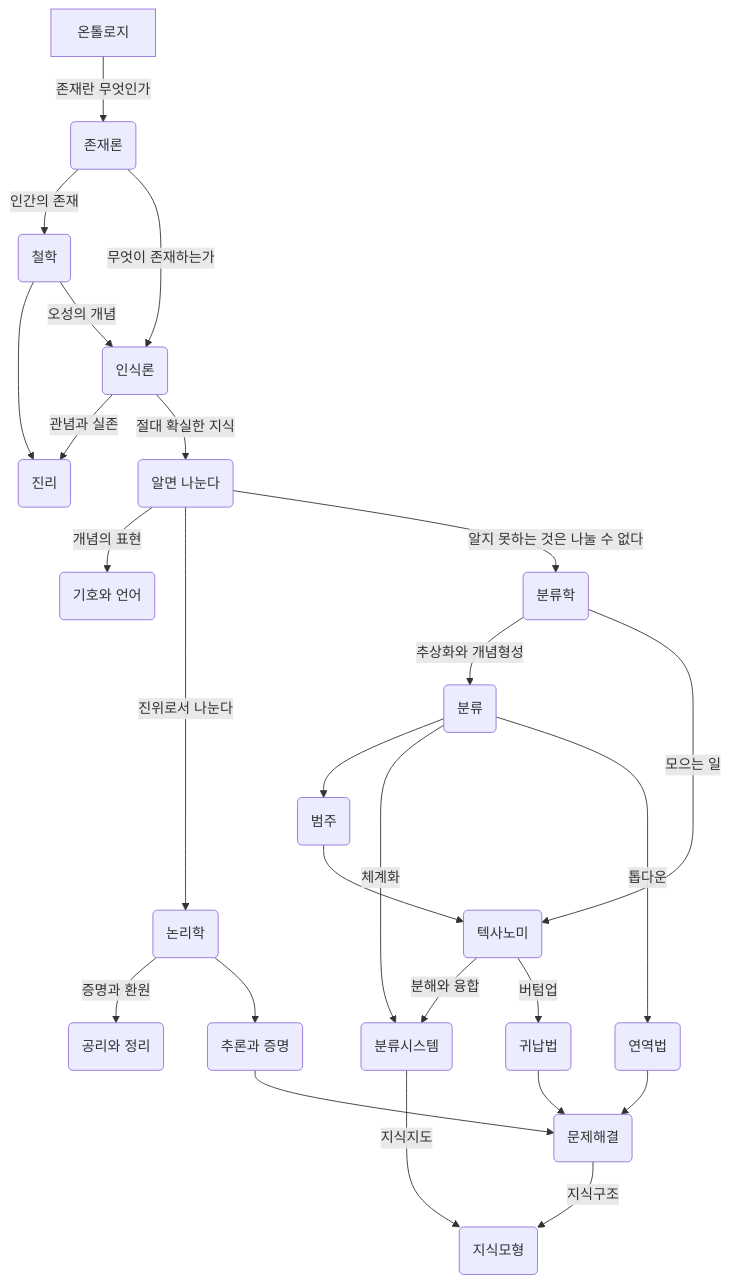
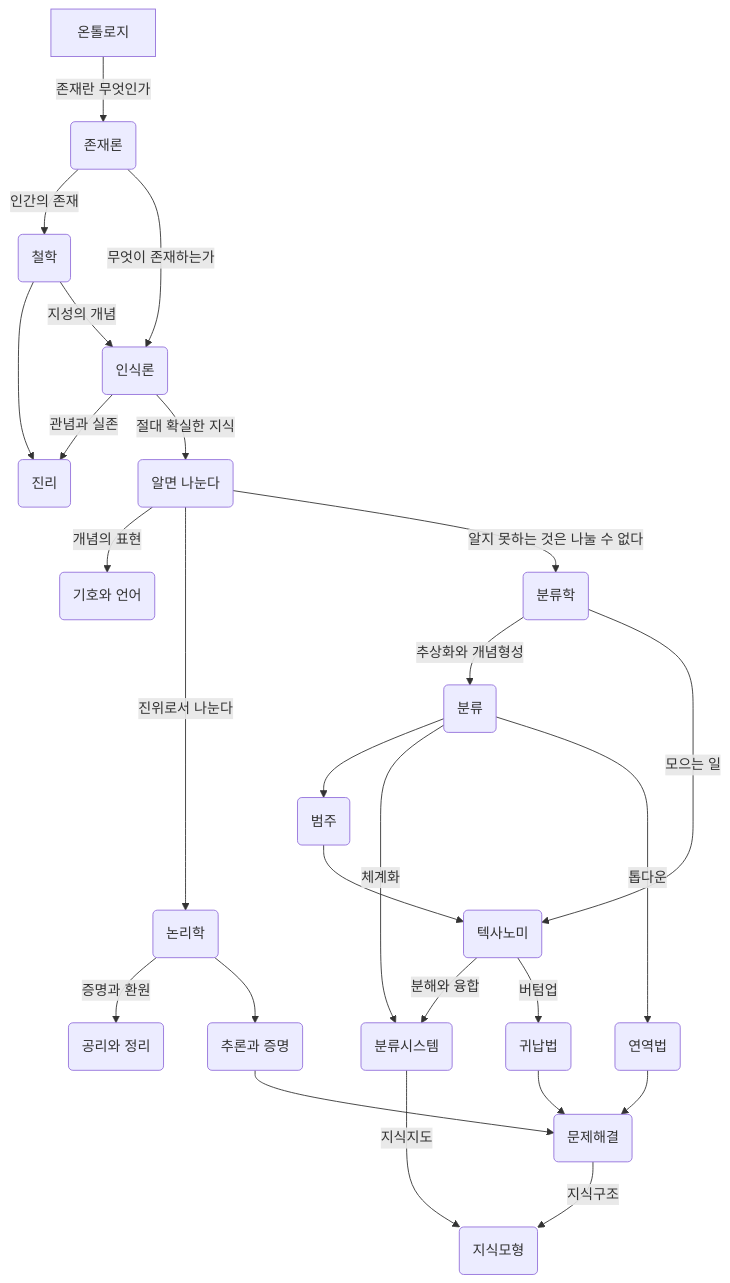
The diagram in content/bib/20240402T011718.md (junghan0611/garden), drawn with Mermaid before and after one commit. The commit also changed other lines of this file and 146 other files, not shown here.

````diff
--- a/content/bib/20240402T011718.md
+++ b/content/bib/20240402T011718.md
@@ -620,30 +621,30 @@
 ```mermaid
    %% 그림1-6 온톨로지 알고리즘의 K-Map
 
    flowchart TD
    A[온톨로지] -->|존재란 무엇인가| B(존재론)
    B -->|인간의 존재| C(철학)
    B -->|무엇이 존재하는가| D(인식론)
    C --> E(진리)
-   C --> |오성의 개념|D
+   C --> |지성의 개념|D
    D --> |관념과 실존|E
    D --> |절대 확실한 지식| F(알면 나눈다)
    F --> |개념의 표현| G(기호와 언어)
    F --> |진위로서 나눈다| H(논리학)
    F --> |알지 못하는 것은 나눌 수 없다| I(분류학)
    H --> |증명과 환원| J(공리와 정리)
    H --> K(추론과 증명)
    K --> L(문제해결)
    I --> |추상화와 개념형성| M(분류)
    I --> |모으는 일| N(텍사노미)
    M --> O(범주)
    O --> N
    M --> |체계화| P(분류시스템)
    M --> |톱다운| Q(연역법)
    N --> |분해와 융합|P
    N --> |버텀업| R(귀납법)
    P --> |지식지도| S(지식모형)
    Q --> L(문제해결)
    R --> L
    L --> |지식구조| S
 ```
````
